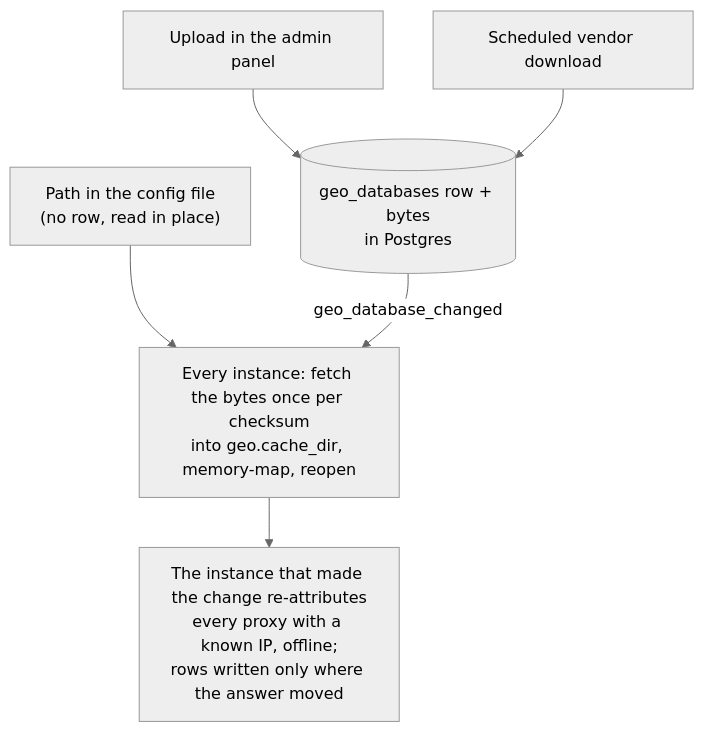
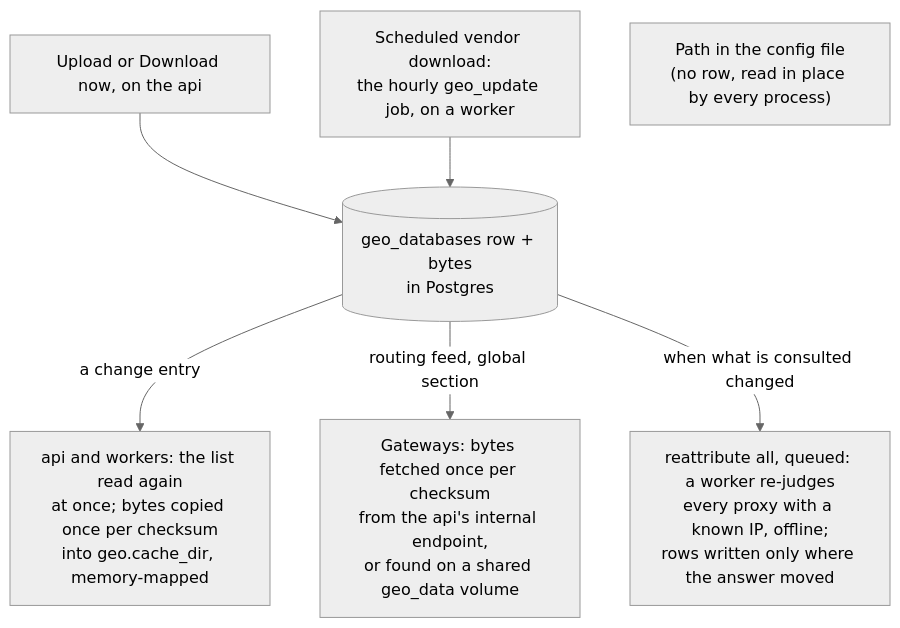
Before and after one commit to octoprox/octoprox: the fourth of 4 diagrams in docs/ip-attribution.md, drawn with Mermaid (neutral theme). The commit also changed other lines of this file and 467 other files, not shown here.

````diff
--- a/docs/ip-attribution.md
+++ b/docs/ip-attribution.md
@@ -95,8 +102,9 @@
 ```mermaid
 flowchart TD
-    upload["Upload in the admin panel"] --> row
-    download["Scheduled vendor download"] --> row
-    path["Path in the config file<br/>(no row, read in place)"] --> reopen
-    row[("geo_databases row + bytes<br/>in Postgres")] -->|geo_database_changed| reopen
-    reopen["Every instance: fetch the bytes once per checksum<br/>into geo.cache_dir, memory-map, reopen"] --> reattr["The instance that made the change re-attributes<br/>every proxy with a known IP, offline;<br/>rows written only where the answer moved"]
+    upload["Upload or Download now, on the api"] --> row
+    download["Scheduled vendor download:<br/>the hourly geo_update job, on a worker"] --> row
+    path["Path in the config file<br/>(no row, read in place by every process)"]
+    row[("geo_databases row + bytes<br/>in Postgres")] -->|"a change entry"| pgroles["api and workers: the list read again<br/>at once; bytes copied once per checksum<br/>into geo.cache_dir, memory-mapped"]
+    row -->|"routing feed, global section"| gateways["Gateways: bytes fetched once per checksum<br/>from the api's internal endpoint,<br/>or found on a shared geo_data volume"]
+    row -->|"when what is consulted changed"| reattr["reattribute all, queued: a worker re-judges<br/>every proxy with a known IP, offline;<br/>rows written only where the answer moved"]
 ```
````
